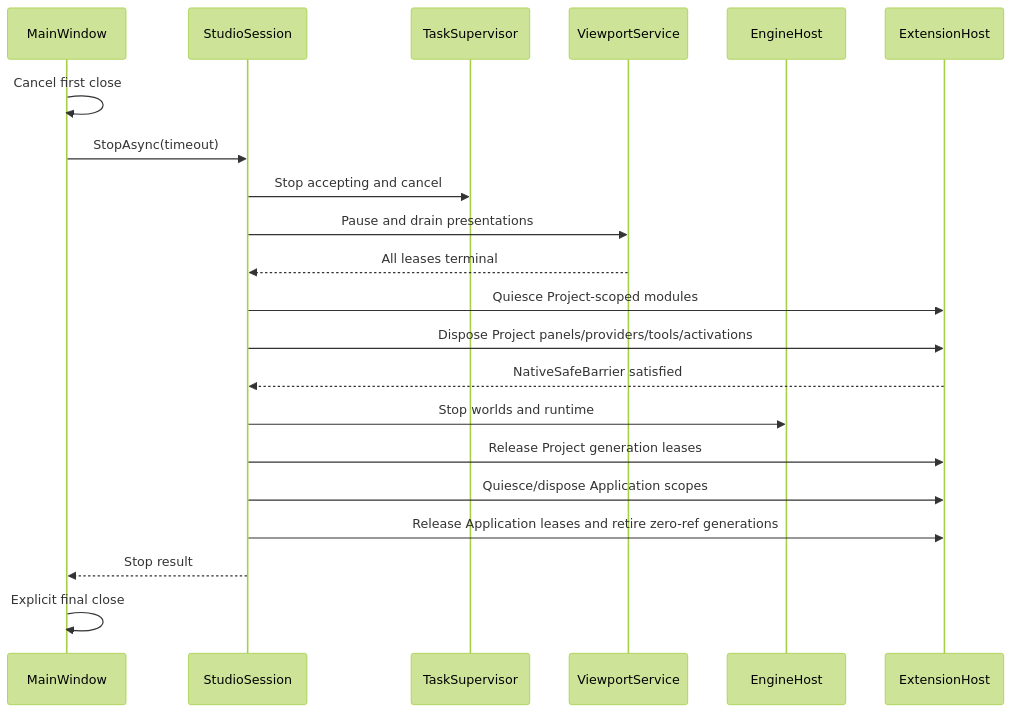
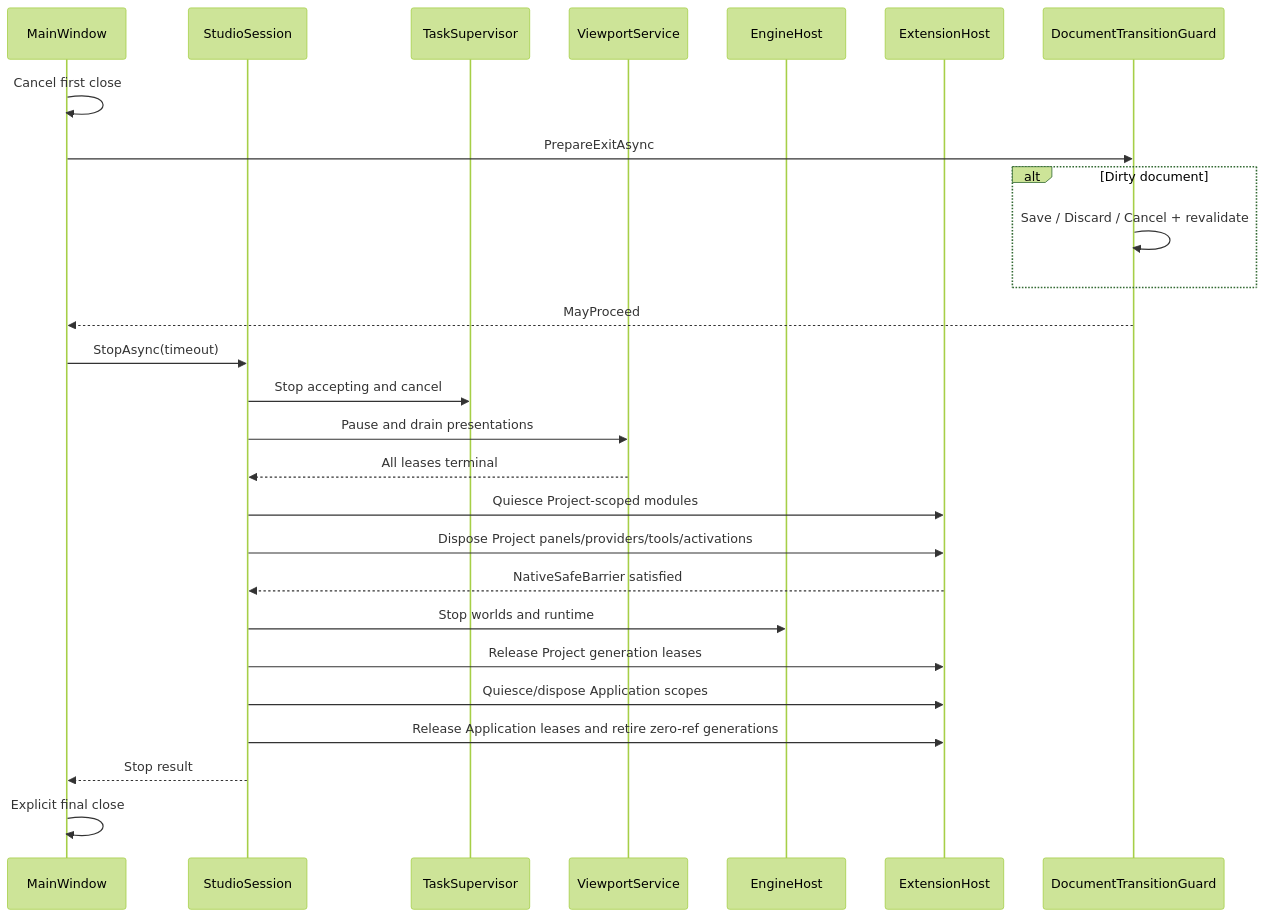
The third of 3 diagrams in apps/studio/docs/architecture/studio-lifecycle.md (66six11/Engine), drawn with Mermaid (forest theme) before and after one commit. The commit also changed other lines of this file and 68 other files, not shown here.

````diff
--- a/apps/studio/docs/architecture/studio-lifecycle.md
+++ b/apps/studio/docs/architecture/studio-lifecycle.md
@@ -172,24 +195,30 @@
 ```mermaid
 sequenceDiagram
     participant Window as MainWindow
     participant Studio as StudioSession
     participant Tasks as TaskSupervisor
     participant Viewports as ViewportService
     participant Engine as EngineHost
     participant Ext as ExtensionHost
+    participant Guard as DocumentTransitionGuard
 
     Window->>Window: Cancel first close
+    Window->>Guard: PrepareExitAsync
+    alt Dirty document
+        Guard->>Guard: Save / Discard / Cancel + revalidate
+    end
+    Guard-->>Window: MayProceed
     Window->>Studio: StopAsync(timeout)
     Studio->>Tasks: Stop accepting and cancel
     Studio->>Viewports: Pause and drain presentations
     Viewports-->>Studio: All leases terminal
     Studio->>Ext: Quiesce Project-scoped modules
     Studio->>Ext: Dispose Project panels/providers/tools/activations
     Ext-->>Studio: NativeSafeBarrier satisfied
     Studio->>Engine: Stop worlds and runtime
     Studio->>Ext: Release Project generation leases
     Studio->>Ext: Quiesce/dispose Application scopes
     Studio->>Ext: Release Application leases and retire zero-ref generations
     Studio-->>Window: Stop result
     Window->>Window: Explicit final close
 ```
````
